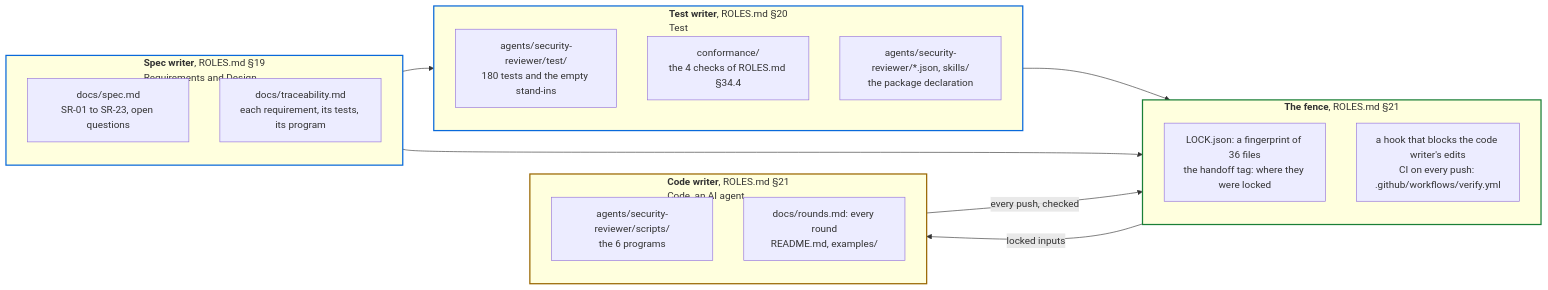
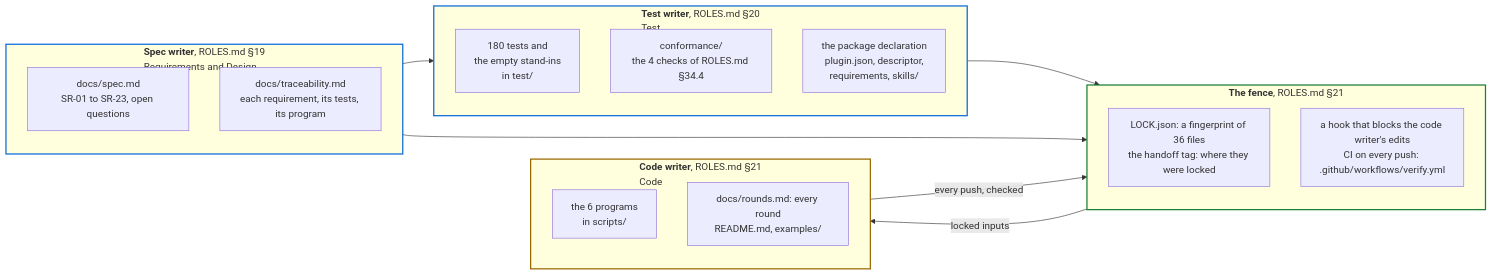
One commit to PaulDuvall/adlc-security-reviewer changed the fifth of 5 diagrams in README.md. Above: the diagram before and after it, drawn with Mermaid.

Commit message:
README: shorter labels in the build diagram
The long paths wrapped across three lines; the boxes now name what each holds, with the
folder after it. The code writer's box says Code, like the other roles'.

Claude-Session: https://claude.ai/code/session_0193u4dGPDk1DrDvYPxCfW1o

````diff
--- a/README.md
+++ b/README.md
@@ -342,31 +342,31 @@
 ```mermaid
 flowchart LR
   subgraph sw["<b>Spec writer</b>, ROLES.md §19<br/>Requirements and Design"]
     spec["docs/spec.md<br/>SR-01 to SR-23, open questions"]
     trace["docs/traceability.md<br/>each requirement, its tests, its program"]
   end
   subgraph tw["<b>Test writer</b>, ROLES.md §20<br/>Test"]
-    suite["agents/security-reviewer/test/<br/>180 tests and the empty stand-ins"]
+    suite["180 tests and<br/>the empty stand-ins<br/>in test/"]
     conf["conformance/<br/>the 4 checks of ROLES.md §34.4"]
-    decl["agents/security-reviewer/*.json, skills/<br/>the package declaration"]
+    decl["the package declaration<br/>plugin.json, descriptor,<br/>requirements, skills/"]
   end
   subgraph fence["<b>The fence</b>, ROLES.md §21"]
     lock["LOCK.json: a fingerprint of 36 files<br/>the handoff tag: where they were locked"]
     guard["a hook that blocks the code writer's edits<br/>CI on every push: .github/workflows/verify.yml"]
   end
-  subgraph cw["<b>Code writer</b>, ROLES.md §21<br/>Code, an AI agent"]
-    progs["agents/security-reviewer/scripts/<br/>the 6 programs"]
+  subgraph cw["<b>Code writer</b>, ROLES.md §21<br/>Code"]
+    progs["the 6 programs<br/>in scripts/"]
     rec["docs/rounds.md: every round<br/>README.md, examples/"]
   end
   sw --> tw
   tw --> fence
   sw --> fence
   fence -->|"locked inputs"| cw
   cw -->|"every push, checked"| fence
   classDef owner stroke:#0969da,stroke-width:2px
   classDef agent stroke:#9a6700,stroke-width:2px
   classDef gate stroke:#1a7f37,stroke-width:2px
   class sw,tw owner
   class cw agent
   class fence gate
 ```
````
